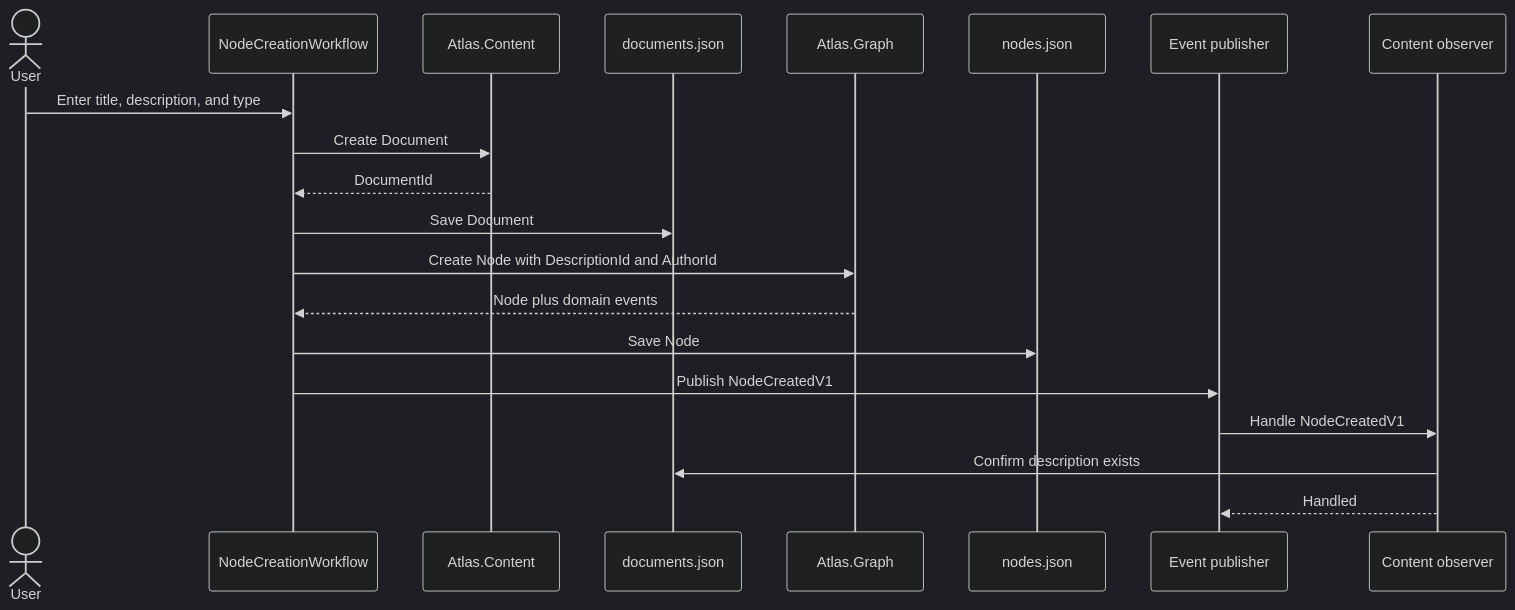
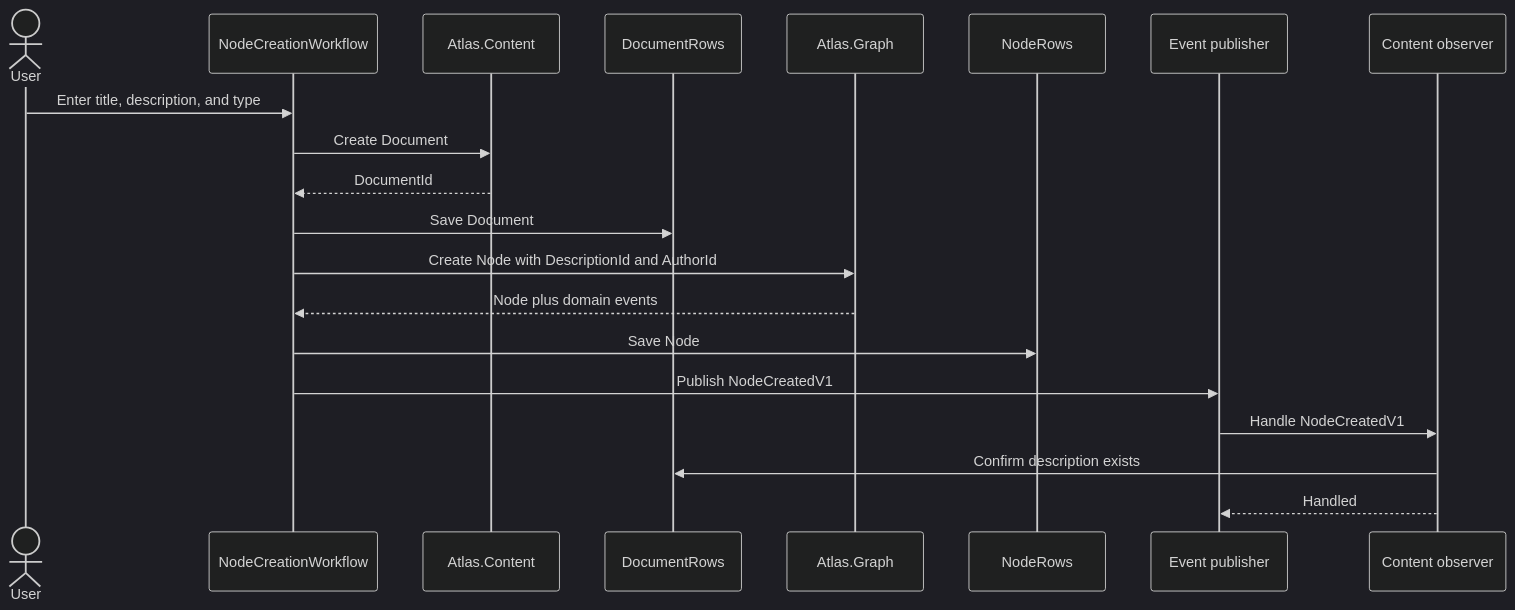
Before and after one commit to williamowen65/atlas-the-public-think-tank: the third of 5 diagrams in src/Atlas.Console/README.md, drawn with Mermaid (dark theme). The commit also changed other lines of this file and 41 other files, not shown here.

Commit message:
docs: align blackboards and architecture with SQL Server persistence

````diff
--- a/src/Atlas.Console/README.md
+++ b/src/Atlas.Console/README.md
@@ -101,23 +101,23 @@
 ```mermaid
 sequenceDiagram
     actor User
     participant Workflow as NodeCreationWorkflow
     participant Content as Atlas.Content
-    participant Documents as documents.json
+    participant Documents as DocumentRows
     participant Graph as Atlas.Graph
-    participant Nodes as nodes.json
+    participant Nodes as NodeRows
     participant Bus as Event publisher
     participant Observer as Content observer
 
     User->>Workflow: Enter title, description, and type
     Workflow->>Content: Create Document
     Content-->>Workflow: DocumentId
     Workflow->>Documents: Save Document
     Workflow->>Graph: Create Node with DescriptionId and AuthorId
     Graph-->>Workflow: Node plus domain events
     Workflow->>Nodes: Save Node
     Workflow->>Bus: Publish NodeCreatedV1
     Bus->>Observer: Handle NodeCreatedV1
     Observer->>Documents: Confirm description exists
     Observer-->>Bus: Handled
 ```
````
